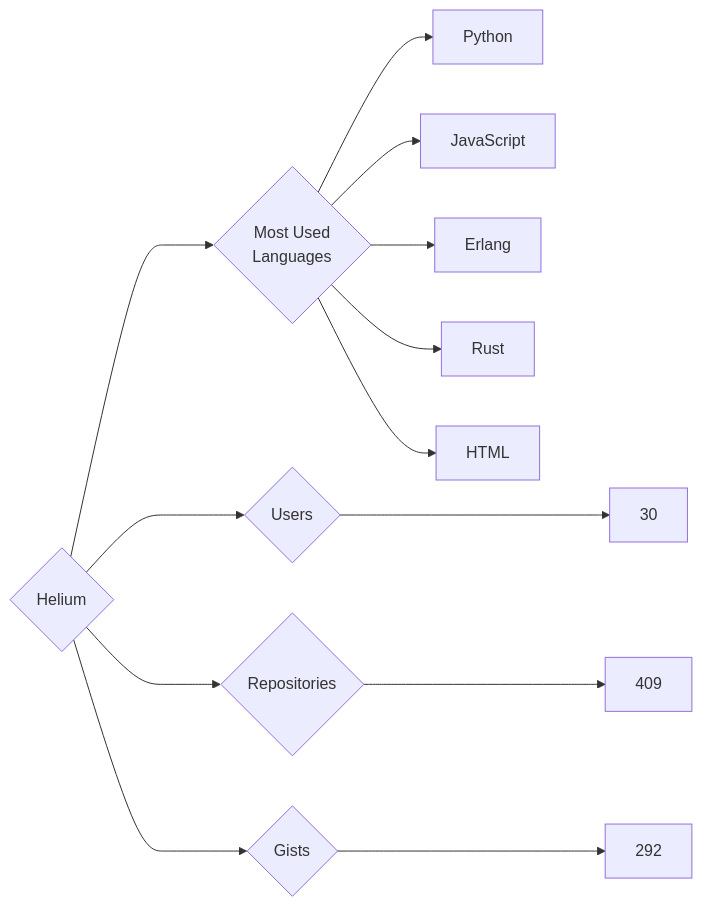
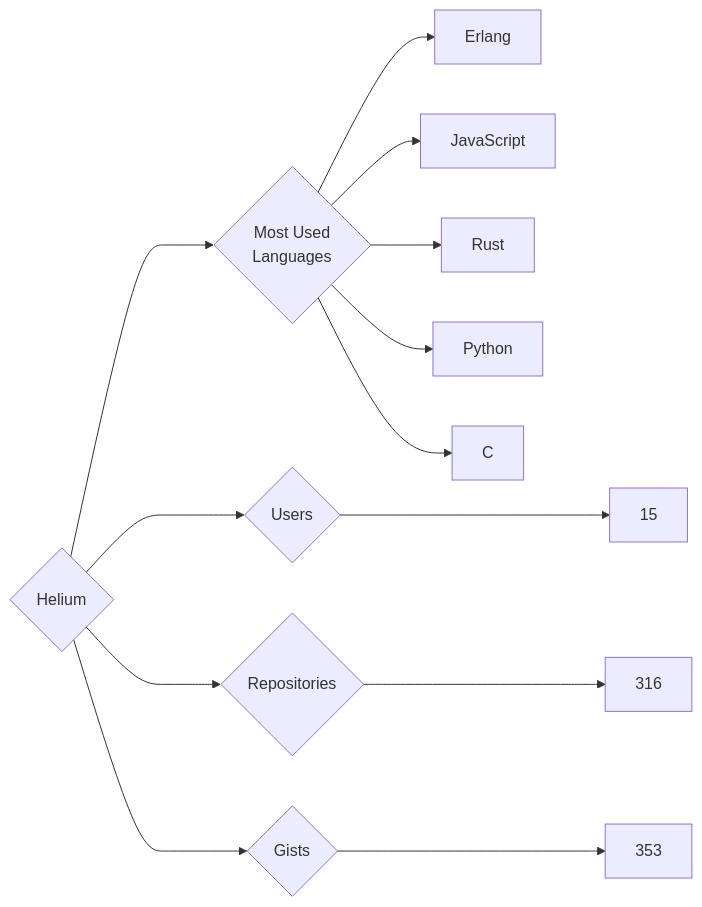
One commit to trickest/insiders changed the diagram in targets/Helium/README.md. Above: the diagram before and after it, drawn with Mermaid. The commit also changed 681 other files, not shown here.

````diff
--- a/targets/Helium/README.md
+++ b/targets/Helium/README.md
@@ -3,13 +3,13 @@
 ```mermaid
 graph LR
 COMPANY_NAME{Helium}
-COMPANY_NAME ---> U{Users} ---> UN[30]
-COMPANY_NAME ---> R{Repositories} ---> RN[409]
-COMPANY_NAME ---> G{Gists} ---> GN[292]
+COMPANY_NAME ---> U{Users} ---> UN[15]
+COMPANY_NAME ---> R{Repositories} ---> RN[316]
+COMPANY_NAME ---> G{Gists} ---> GN[353]
 COMPANY_NAME ---> ML{Most Used<br>Languages}
+ML --> Erlang[Erlang]
+ML --> JavaScript[JavaScript]
+ML --> Rust[Rust]
 ML --> Python[Python]
-ML --> JavaScript[JavaScript]
-ML --> Erlang[Erlang]
-ML --> Rust[Rust]
-ML --> HTML[HTML]
+ML --> C[C]
 ```
````
